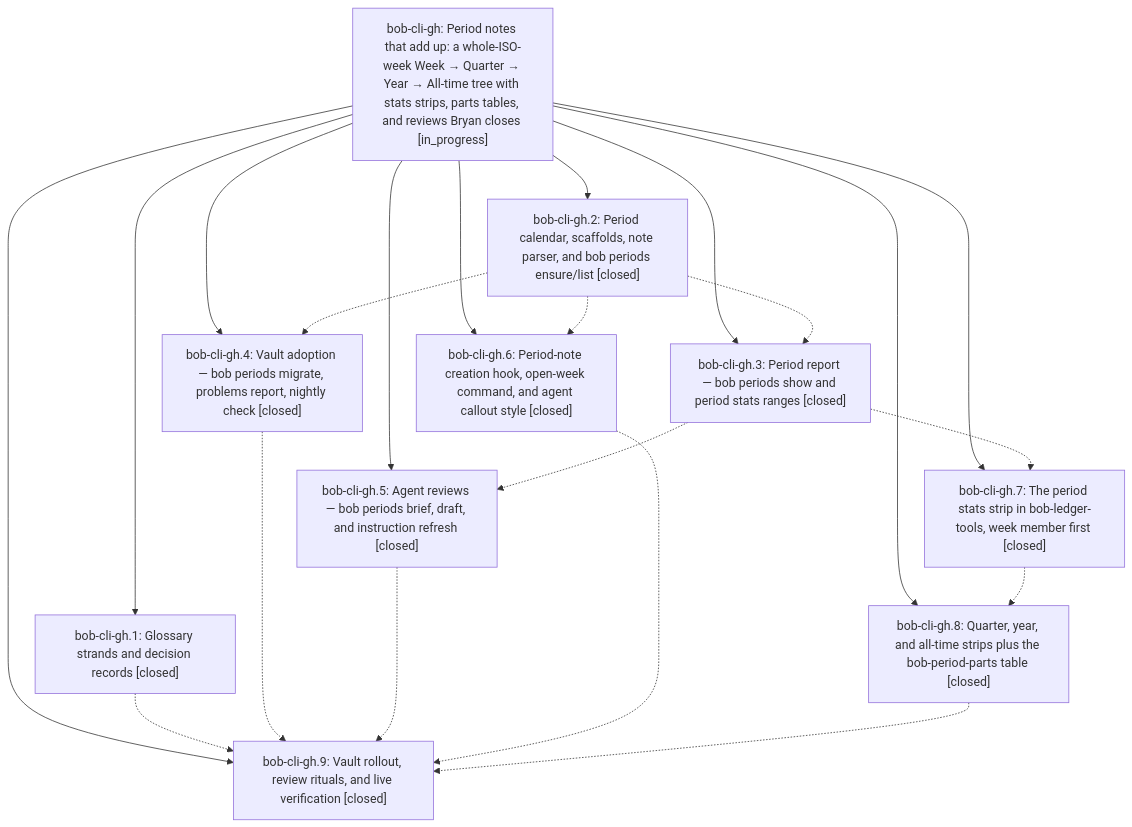
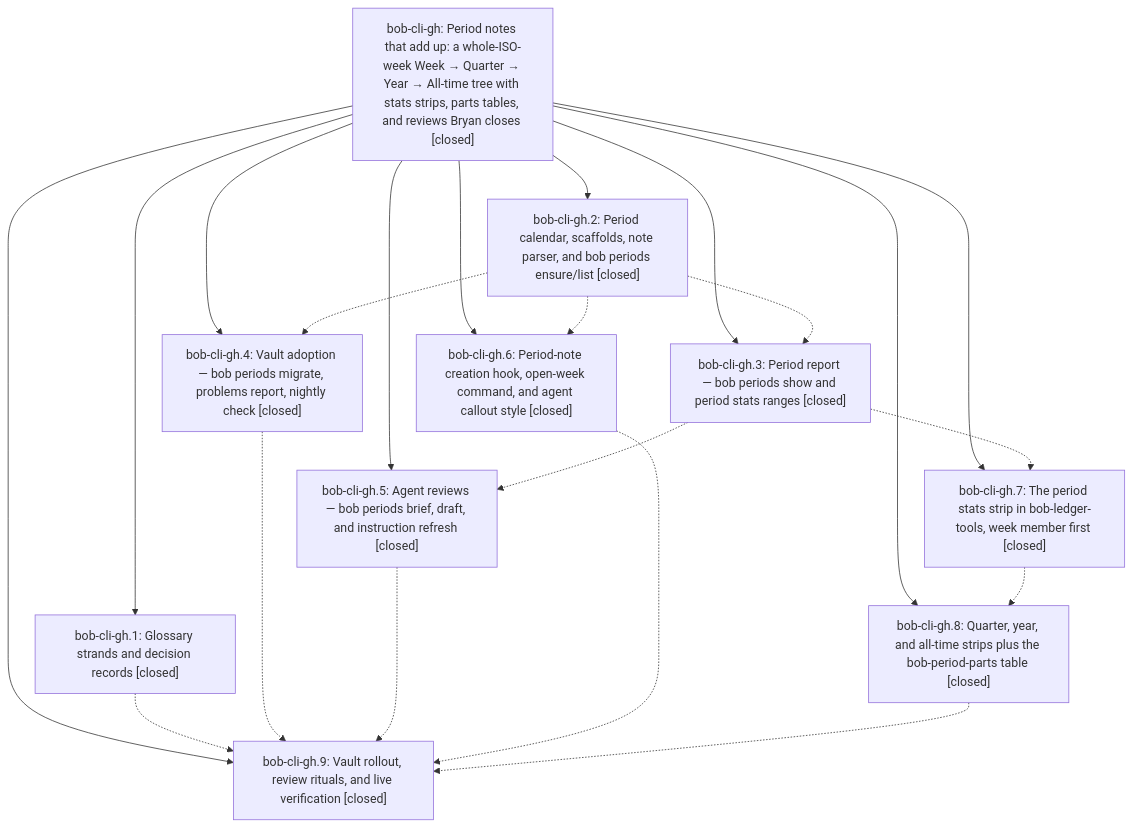
Before and after one commit to bobs-org/bob-cli--beads: the diagram in pages/bob-cli-gh/README.md, drawn with Mermaid. The commit also changed other lines of this file and 1 other file, not shown here.

First line of the commit message:
chore(beads): sync bead state and pages for bob-cli-gh

````diff
--- a/pages/bob-cli-gh/README.md
+++ b/pages/bob-cli-gh/README.md
@@ -50,33 +77,33 @@
 ```mermaid
 flowchart TD
-    n0["bob-cli-gh: Period notes that add up: a whole-ISO-week Week → Quarter → Year → All-time tree with stats strips, parts tables, and reviews Bryan closes [in_progress]"]
+    n0["bob-cli-gh: Period notes that add up: a whole-ISO-week Week → Quarter → Year → All-time tree with stats strips, parts tables, and reviews Bryan closes [closed]"]
     n1["bob-cli-gh.1: Glossary strands and decision records [closed]"]
     n2["bob-cli-gh.2: Period calendar, scaffolds, note parser, and bob periods ensure/list [closed]"]
     n3["bob-cli-gh.3: Period report — bob periods show and period stats ranges [closed]"]
     n4["bob-cli-gh.4: Vault adoption — bob periods migrate, problems report, nightly check [closed]"]
     n5["bob-cli-gh.5: Agent reviews — bob periods brief, draft, and instruction refresh [closed]"]
     n6["bob-cli-gh.6: Period-note creation hook, open-week command, and agent callout style [closed]"]
     n7["bob-cli-gh.7: The period stats strip in bob-ledger-tools, week member first [closed]"]
     n8["bob-cli-gh.8: Quarter, year, and all-time strips plus the bob-period-parts table [closed]"]
     n9["bob-cli-gh.9: Vault rollout, review rituals, and live verification [closed]"]
     n0 --> n1
     n0 --> n2
     n0 --> n3
     n0 --> n4
     n0 --> n5
     n0 --> n6
     n0 --> n7
     n0 --> n8
     n0 --> n9
     n1 -.-> n9
     n2 -.-> n3
     n2 -.-> n4
     n2 -.-> n6
     n3 -.-> n5
     n3 -.-> n7
     n4 -.-> n9
     n5 -.-> n9
     n6 -.-> n9
     n7 -.-> n8
     n8 -.-> n9
 ```
````
